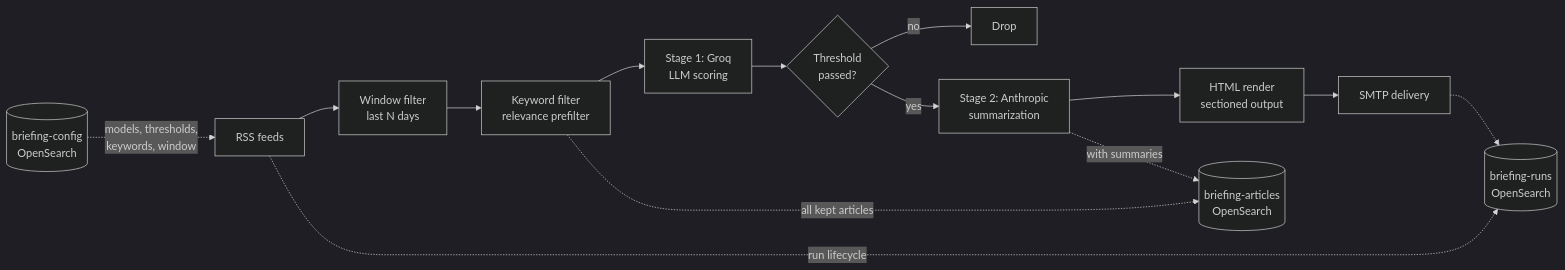
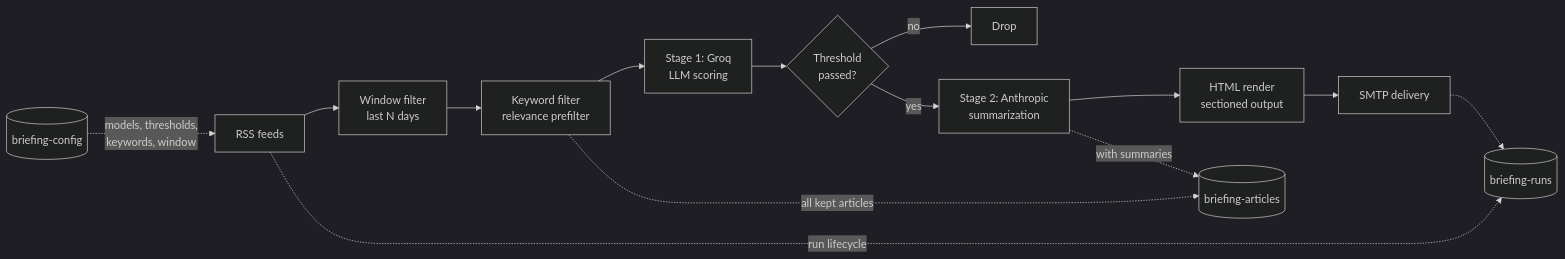
Before and after one commit to The-Dev-Spot/smart-briefing-pipeline: the first of 2 diagrams in docs/architecture.md, drawn with Mermaid (dark theme). The commit also changed other lines of this file and 1 other file, not shown here.

Commit message:
updated README.md and architecture.md

````diff
--- a/docs/architecture.md
+++ b/docs/architecture.md
@@ -7,17 +7,17 @@
 ```mermaid
 flowchart LR
-    A[RSS feeds] --> B[Window filter<br/>last N days]
-    B --> C[Keyword filter<br/>relevance prefilter]
-    C --> D[Stage 1: Groq<br/>LLM scoring]
-    D --> E{Threshold<br/>passed?}
-    E -->|no| Z[Drop]
-    E -->|yes| F[Stage 2: Anthropic<br/>summarization]
-    F --> G[HTML render<br/>sectioned output]
-    G --> H[SMTP delivery]
+    A["RSS feeds"] --> B["Window filter<br>last N days"]
+    B --> C["Keyword filter<br>relevance prefilter"]
+    C --> D["Stage 1: Groq<br>LLM scoring"]
+    D --> E{"Threshold<br>passed?"}
+    E -->|no| Z["Drop"]
+    E -->|yes| F["Stage 2: Anthropic<br>summarization"]
+    F --> G["HTML render<br>sectioned output"]
+    G --> H["SMTP delivery"]
 
-    C -.->|all kept articles| I[(briefing-articles<br/>OpenSearch)]
+    C -.->|all kept articles| I[("briefing-articles")]
     F -.->|with summaries| I
-    A -.->|run lifecycle| J[(briefing-runs<br/>OpenSearch)]
+    A -.->|run lifecycle| J[("briefing-runs")]
     H -.-> J
-    K[(briefing-config<br/>OpenSearch)] -.->|models, thresholds,<br/>keywords, window| A
+    K[("briefing-config")] -.->|models, thresholds,<br>keywords, window| A
 ```
````
